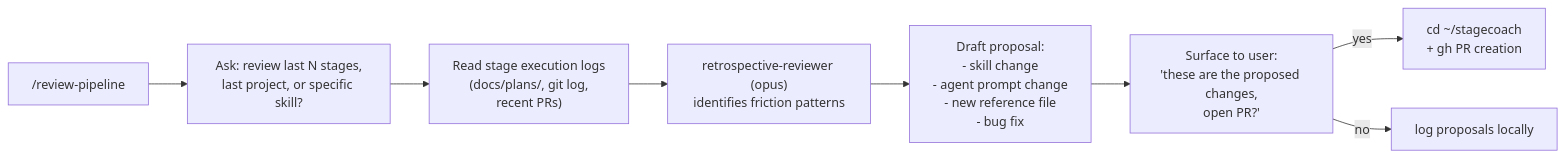
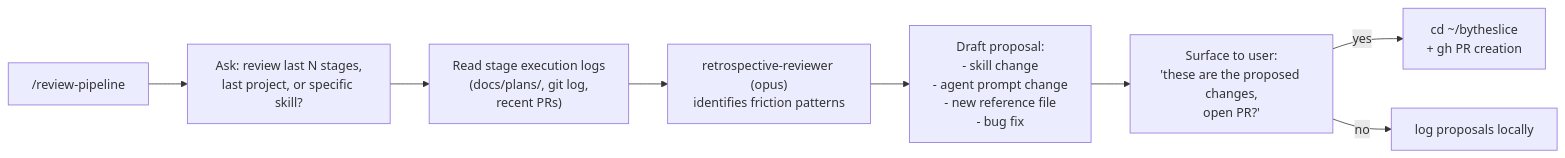
The diagram in skills/review-pipeline/SKILL.md (steve-piece/Stagecoach), drawn with Mermaid before and after one commit. The commit also changed other lines of this file and 53 other files, not shown here.

````diff
--- a/skills/review-pipeline/SKILL.md
+++ b/skills/review-pipeline/SKILL.md
@@ -44,10 +44,10 @@
 ```mermaid
 flowchart LR
   Invoke["/review-pipeline"] --> Scope["Ask: review last N stages,<br/>last project, or specific skill?"]
   Scope --> Read["Read stage execution logs<br/>(docs/plans/, git log,<br/>recent PRs)"]
   Read --> Analyze["retrospective-reviewer (opus)<br/>identifies friction patterns"]
   Analyze --> Draft["Draft proposal:<br/>- skill change<br/>- agent prompt change<br/>- new reference file<br/>- bug fix"]
   Draft --> Confirm["Surface to user:<br/>'these are the proposed changes,<br/>open PR?'"]
-  Confirm -->|yes| PR["cd ~/stagecoach<br/>+ gh PR creation"]
+  Confirm -->|yes| PR["cd ~/bytheslice<br/>+ gh PR creation"]
   Confirm -->|no| Done["log proposals locally"]
 ```
````
